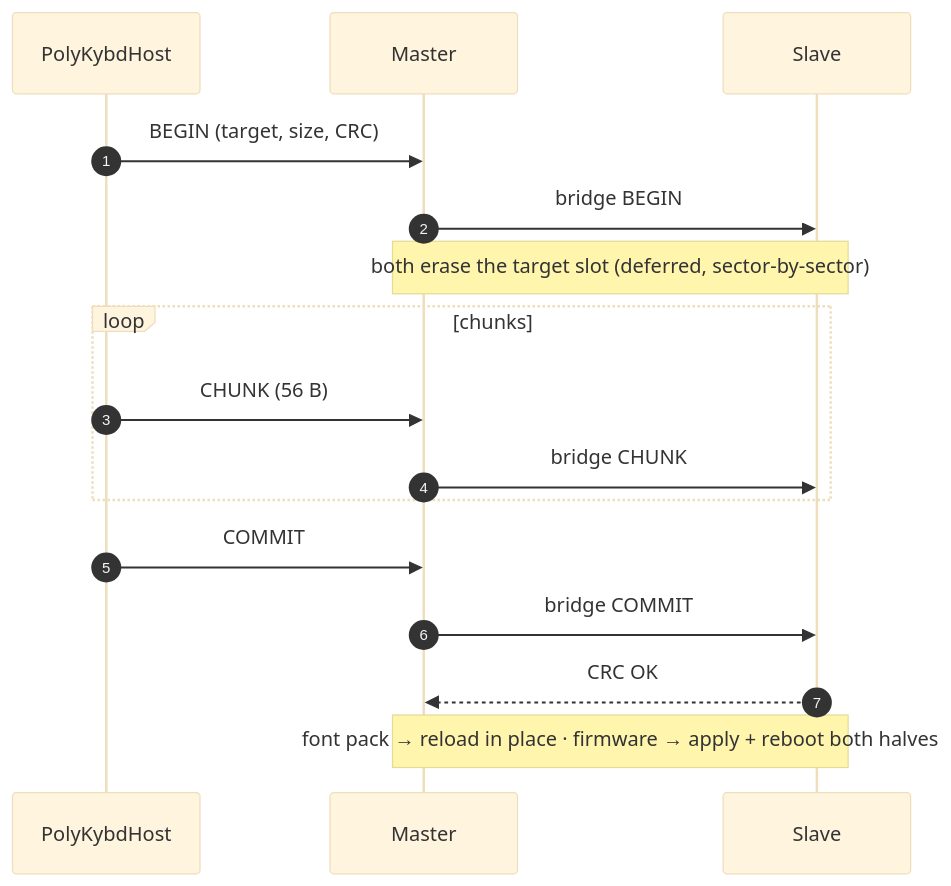
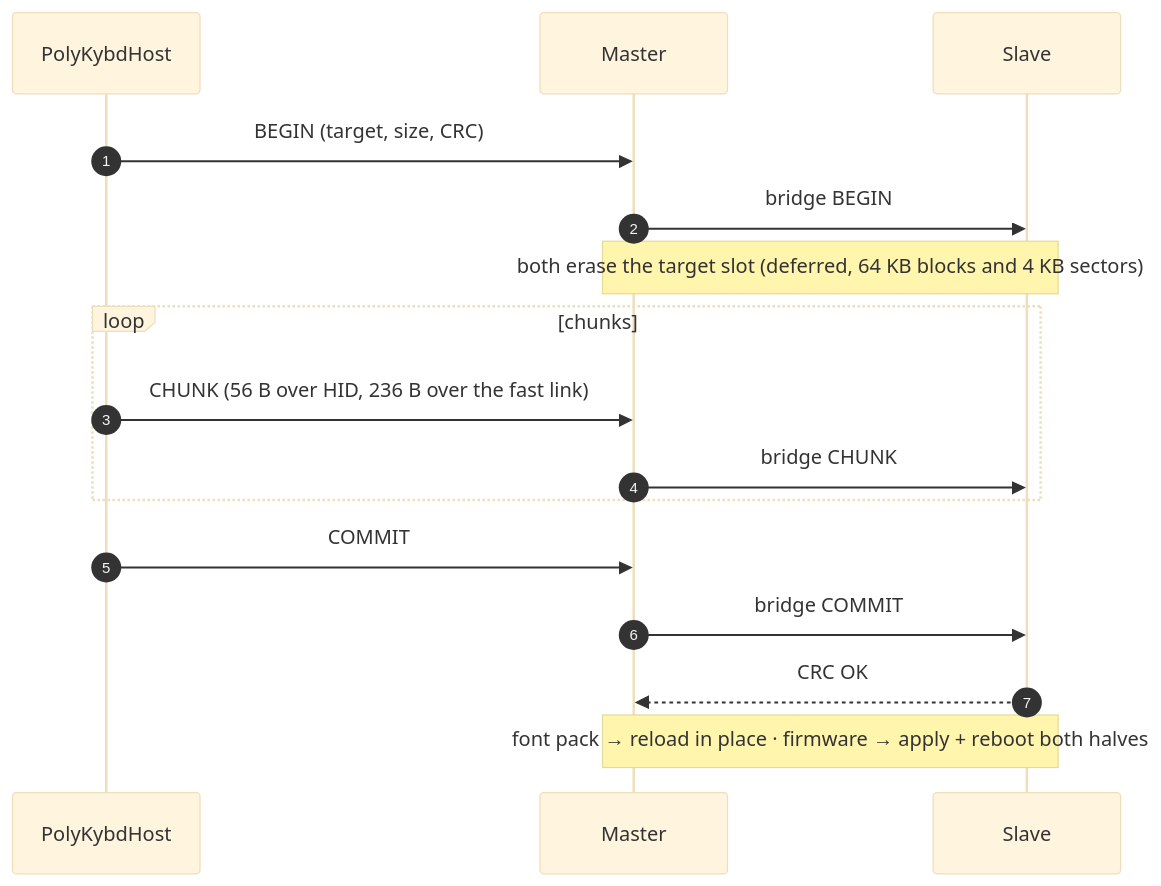
Before and after one commit to thpoll83/polykybd-docs: the seventh of 7 diagrams in src/content/docs/development/system-model.mdx, drawn with Mermaid (base theme). The commit also changed other lines of this file and 4 other files, not shown here.

First line of the commit message:
Firmware update over the fast link, 1843200 baud split link, block erase

````diff
--- a/src/content/docs/development/system-model.mdx
+++ b/src/content/docs/development/system-model.mdx
@@ -325,18 +325,18 @@
 ```mermaid
 sequenceDiagram
   autonumber
   participant H as PolyKybdHost
   participant M as Master
   participant S as Slave
   H->>M: BEGIN (target, size, CRC)
   M->>S: bridge BEGIN
-  Note over M,S: both erase the target slot (deferred, sector-by-sector)
+  Note over M,S: both erase the target slot (deferred, 64 KB blocks and 4 KB sectors)
   loop chunks
-    H->>M: CHUNK (56 B)
+    H->>M: CHUNK (56 B over HID, 236 B over the fast link)
     M->>S: bridge CHUNK
   end
   H->>M: COMMIT
   M->>S: bridge COMMIT
   S-->>M: CRC OK
   Note over M,S: font pack → reload in place · firmware → apply + reboot both halves
 ```
````
